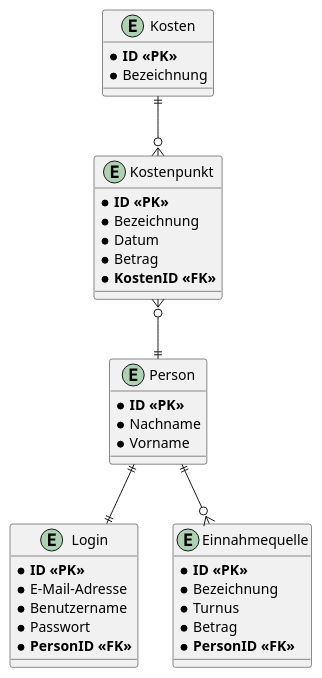
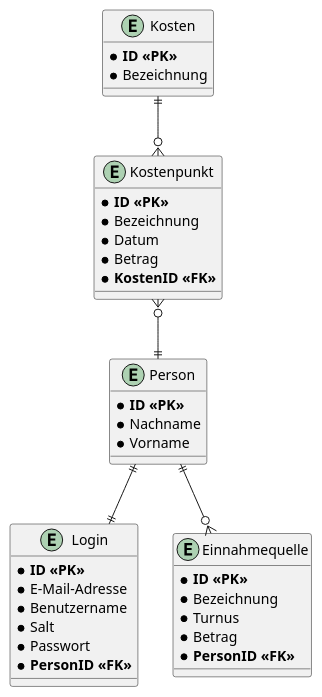
The diagram in designs/ERM.puml (justinhada/StatementOfQosts), drawn with PlantUML before and after one commit. The commit also changed 13 other files, not shown here.

```diff
--- a/designs/ERM.puml
+++ b/designs/ERM.puml
@@ -1,46 +1,47 @@
 @startuml
 entity Kostenpunkt
 {
     * **ID <<PK>>**
     * Bezeichnung
     * Datum
     * Betrag
     * **KostenID <<FK>>**
 }
 
 entity Person
 {
     * **ID <<PK>>**
     * Nachname
     * Vorname
 }
 
 entity Login
 {
     * **ID <<PK>>**
     * E-Mail-Adresse
     * Benutzername
+    * Salt
     * Passwort
     * **PersonID <<FK>>**
 }
 
 entity Kosten
 {
     * **ID <<PK>>**
     * Bezeichnung
 }
 
 entity Einnahmequelle
 {
     * **ID <<PK>>**
     * Bezeichnung
     * Turnus
     * Betrag
     * **PersonID <<FK>>**
 }
 
 Kosten ||--o{ Kostenpunkt
 Kostenpunkt }o--|| Person
 Person ||--o{ Einnahmequelle
 Person ||--|| Login
 @enduml
```
